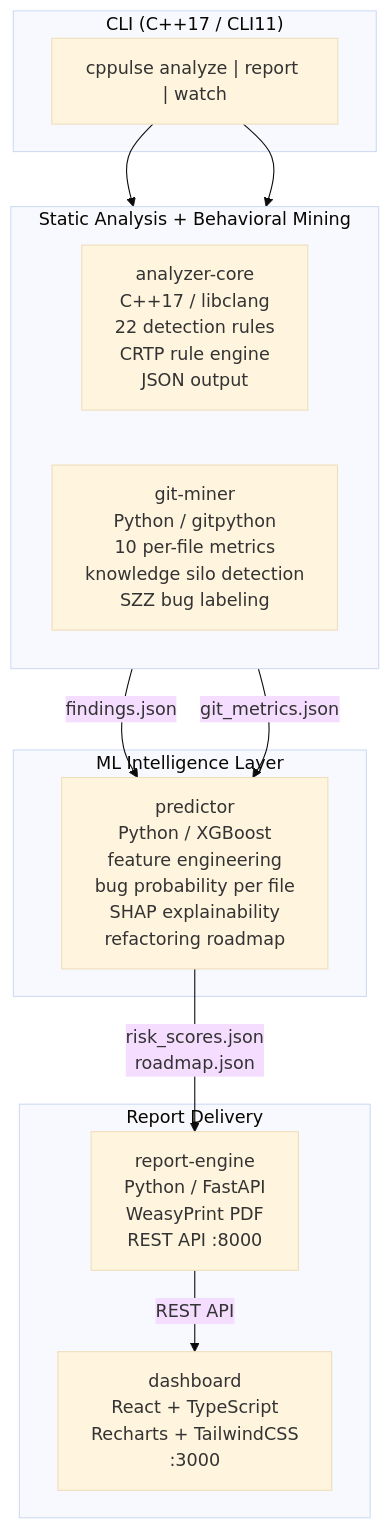
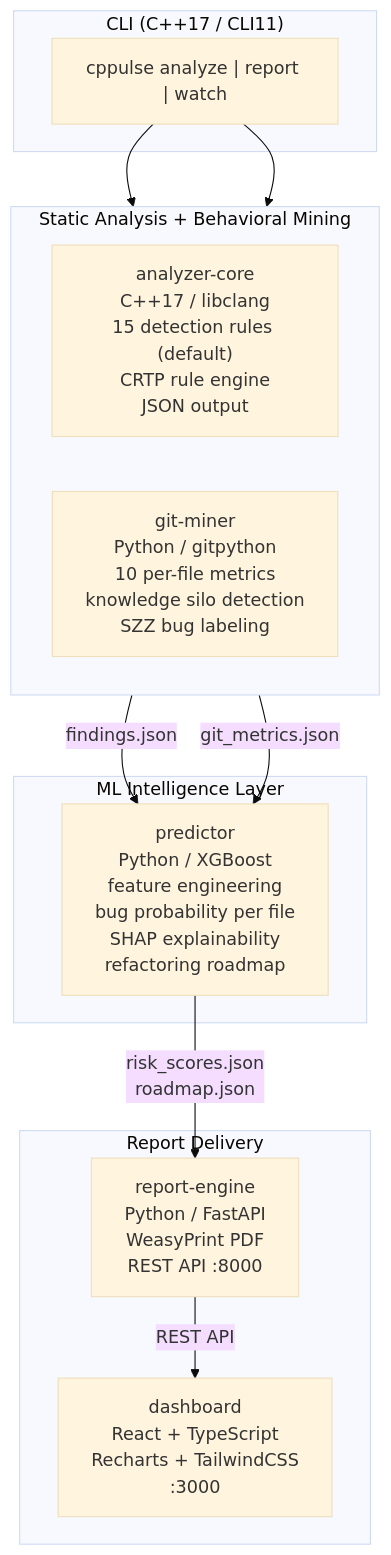
The first of 2 diagrams in docs/architecture.md (manju89jay/cppulse), drawn with Mermaid (base theme) before and after one commit. The commit also changed other lines of this file and 33 other files, not shown here.

````diff
--- a/docs/architecture.md
+++ b/docs/architecture.md
@@ -5,28 +5,28 @@
 ```mermaid
 flowchart TB
     subgraph CLI ["CLI  (C++17 / CLI11)"]
         cmd["cppulse analyze | report | watch"]
     end
 
     subgraph Analysis ["Static Analysis  +  Behavioral Mining"]
         direction LR
-        AC["analyzer-core\nC++17 / libclang\n22 detection rules\nCRTP rule engine\nJSON output"]
+        AC["analyzer-core\nC++17 / libclang\n15 detection rules (default)\nCRTP rule engine\nJSON output"]
         GM["git-miner\nPython / gitpython\n10 per-file metrics\nknowledge silo detection\nSZZ bug labeling"]
     end
 
     subgraph Intelligence ["ML Intelligence Layer"]
         PR["predictor\nPython / XGBoost\nfeature engineering\nbug probability per file\nSHAP explainability\nrefactoring roadmap"]
     end
 
     subgraph Delivery ["Report Delivery"]
         RE["report-engine\nPython / FastAPI\nWeasyPrint PDF\nREST API :8000"]
         DB["dashboard\nReact + TypeScript\nRecharts + TailwindCSS\n:3000"]
     end
 
     cmd --> AC
     cmd --> GM
     AC -->|"findings.json"| PR
     GM -->|"git_metrics.json"| PR
     PR -->|"risk_scores.json\nroadmap.json"| RE
     RE -->|"REST API"| DB
 ```
````
